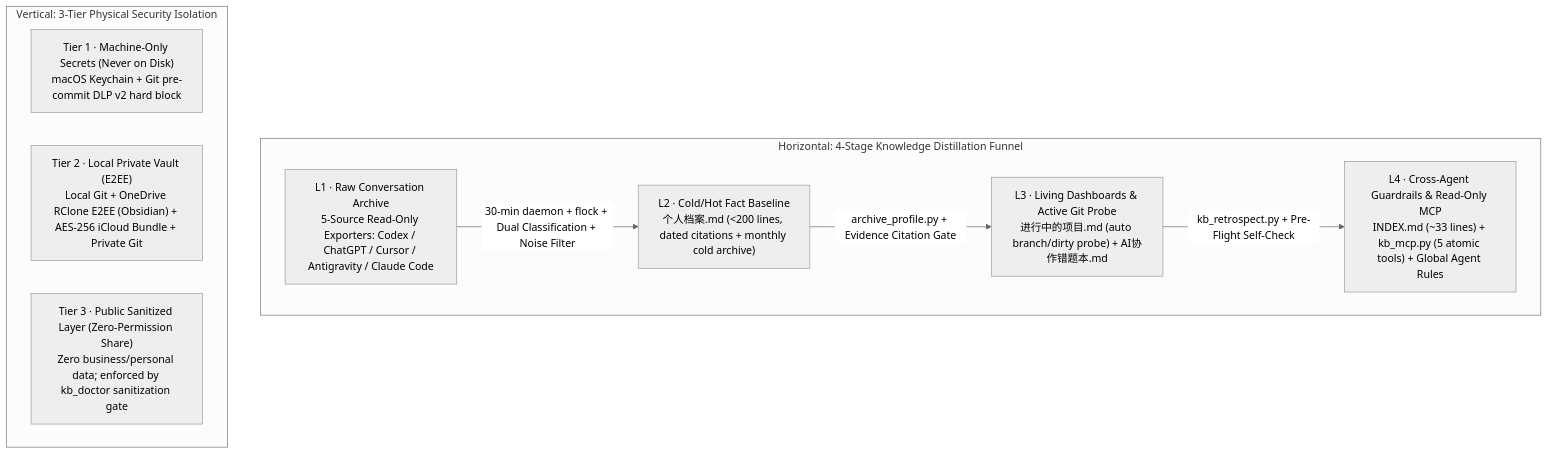
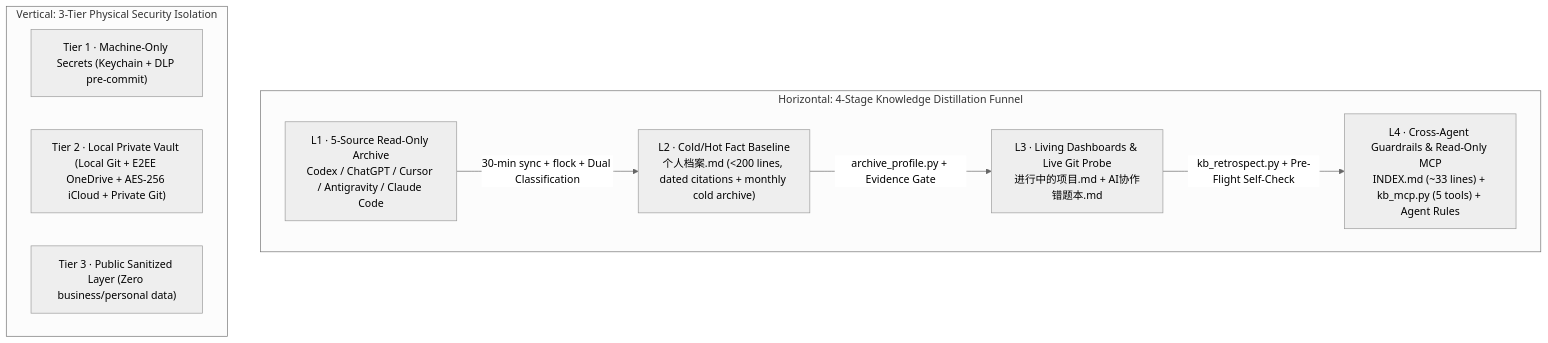
Before and after one commit to JaydenWuGang123/agent-memory-kb: the diagram in README.md, drawn with Mermaid (neutral theme). The commit also changed other lines of this file and 4 other files, not shown here.

````diff
--- a/README.md
+++ b/README.md
@@ -70,18 +66,18 @@
 ```mermaid
 flowchart TD
     subgraph Funnel["Horizontal: 4-Stage Knowledge Distillation Funnel"]
-        F1["L1 · Raw Conversation Archive<br/>5-Source Read-Only Exporters: Codex / ChatGPT / Cursor / Antigravity / Claude Code"]
+        F1["L1 · 5-Source Read-Only Archive<br/>Codex / ChatGPT / Cursor / Antigravity / Claude Code"]
         F2["L2 · Cold/Hot Fact Baseline<br/>个人档案.md (&lt;200 lines, dated citations + monthly cold archive)"]
-        F3["L3 · Living Dashboards & Active Git Probe<br/>进行中的项目.md (auto branch/dirty probe) + AI协作错题本.md"]
-        F4["L4 · Cross-Agent Guardrails & Read-Only MCP<br/>INDEX.md (~33 lines) + kb_mcp.py (5 atomic tools) + Global Agent Rules"]
-        F1 -->|"30-min daemon + flock + Dual Classification + Noise Filter"| F2
-        F2 -->|"archive_profile.py + Evidence Citation Gate"| F3
+        F3["L3 · Living Dashboards & Live Git Probe<br/>进行中的项目.md + AI协作错题本.md"]
+        F4["L4 · Cross-Agent Guardrails & Read-Only MCP<br/>INDEX.md (~33 lines) + kb_mcp.py (5 tools) + Agent Rules"]
+        F1 -->|"30-min sync + flock + Dual Classification"| F2
+        F2 -->|"archive_profile.py + Evidence Gate"| F3
         F3 -->|"kb_retrospect.py + Pre-Flight Self-Check"| F4
     end
 
     subgraph Security["Vertical: 3-Tier Physical Security Isolation"]
-        S1["Tier 1 · Machine-Only Secrets (Never on Disk)<br/>macOS Keychain + Git pre-commit DLP v2 hard block"]
-        S2["Tier 2 · Local Private Vault (E2EE)<br/>Local Git + OneDrive RClone E2EE (Obsidian) + AES-256 iCloud Bundle + Private Git"]
-        S3["Tier 3 · Public Sanitized Layer (Zero-Permission Share)<br/>Zero business/personal data; enforced by kb_doctor sanitization gate"]
+        S1["Tier 1 · Machine-Only Secrets (Keychain + DLP pre-commit)"]
+        S2["Tier 2 · Local Private Vault (Local Git + E2EE OneDrive + AES-256 iCloud + Private Git)"]
+        S3["Tier 3 · Public Sanitized Layer (Zero business/personal data)"]
     end
 ```
````
